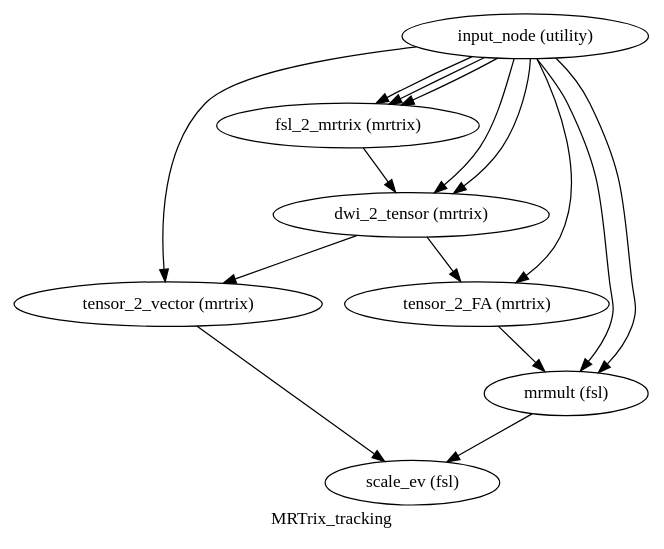
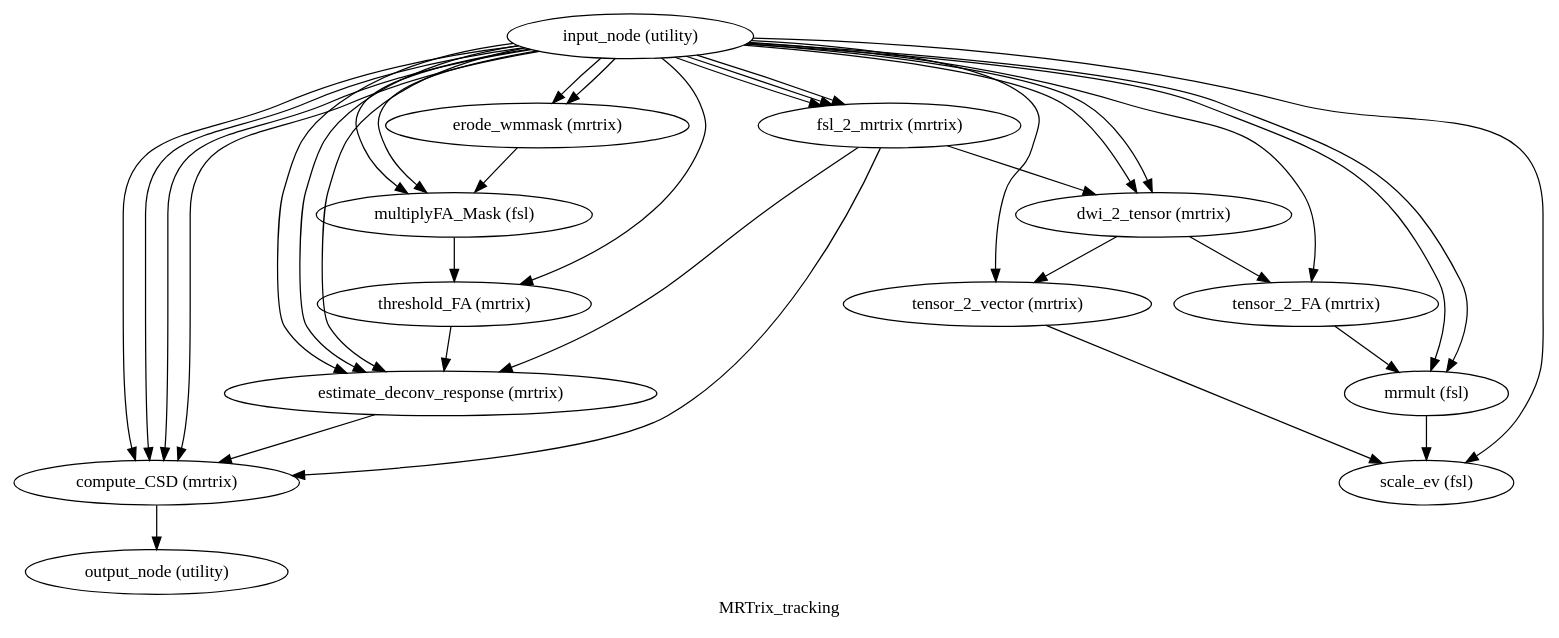
Before and after one commit to BrainModes/TVB-Pypeline: the diagram in notebooks/workflow_graph.dot, drawn with Graphviz. The commit also changed 39 other files, not shown here.

```diff
--- a/notebooks/workflow_graph.dot
+++ b/notebooks/workflow_graph.dot
@@ -1,25 +1,51 @@
 digraph MRTrix_tracking{
   label="MRTrix_tracking";
   MRTrix_tracking_input_node[label="input_node (utility)"];
   MRTrix_tracking_fsl_2_mrtrix[label="fsl_2_mrtrix (mrtrix)"];
   MRTrix_tracking_dwi_2_tensor[label="dwi_2_tensor (mrtrix)"];
+  MRTrix_tracking_erode_wmmask[label="erode_wmmask (mrtrix)"];
+  MRTrix_tracking_multiplyFA_Mask[label="multiplyFA_Mask (fsl)"];
+  MRTrix_tracking_threshold_FA[label="threshold_FA (mrtrix)"];
+  MRTrix_tracking_estimate_deconv_response[label="estimate_deconv_response (mrtrix)"];
+  MRTrix_tracking_tensor_2_FA[label="tensor_2_FA (mrtrix)"];
+  MRTrix_tracking_compute_CSD[label="compute_CSD (mrtrix)"];
+  MRTrix_tracking_output_node[label="output_node (utility)"];
+  MRTrix_tracking_mrmult[label="mrmult (fsl)"];
   MRTrix_tracking_tensor_2_vector[label="tensor_2_vector (mrtrix)"];
-  MRTrix_tracking_tensor_2_FA[label="tensor_2_FA (mrtrix)"];
-  MRTrix_tracking_mrmult[label="mrmult (fsl)"];
   MRTrix_tracking_scale_ev[label="scale_ev (fsl)"];
-  MRTrix_tracking_input_node -> MRTrix_tracking_tensor_2_FA;
+  MRTrix_tracking_input_node -> MRTrix_tracking_tensor_2_vector;
   MRTrix_tracking_input_node -> MRTrix_tracking_mrmult;
   MRTrix_tracking_input_node -> MRTrix_tracking_mrmult;
+  MRTrix_tracking_input_node -> MRTrix_tracking_tensor_2_FA;
+  MRTrix_tracking_input_node -> MRTrix_tracking_compute_CSD;
+  MRTrix_tracking_input_node -> MRTrix_tracking_compute_CSD;
+  MRTrix_tracking_input_node -> MRTrix_tracking_compute_CSD;
+  MRTrix_tracking_input_node -> MRTrix_tracking_compute_CSD;
+  MRTrix_tracking_input_node -> MRTrix_tracking_multiplyFA_Mask;
+  MRTrix_tracking_input_node -> MRTrix_tracking_multiplyFA_Mask;
+  MRTrix_tracking_input_node -> MRTrix_tracking_estimate_deconv_response;
+  MRTrix_tracking_input_node -> MRTrix_tracking_estimate_deconv_response;
+  MRTrix_tracking_input_node -> MRTrix_tracking_estimate_deconv_response;
+  MRTrix_tracking_input_node -> MRTrix_tracking_erode_wmmask;
+  MRTrix_tracking_input_node -> MRTrix_tracking_erode_wmmask;
+  MRTrix_tracking_input_node -> MRTrix_tracking_dwi_2_tensor;
+  MRTrix_tracking_input_node -> MRTrix_tracking_dwi_2_tensor;
+  MRTrix_tracking_input_node -> MRTrix_tracking_scale_ev;
+  MRTrix_tracking_input_node -> MRTrix_tracking_threshold_FA;
   MRTrix_tracking_input_node -> MRTrix_tracking_fsl_2_mrtrix;
   MRTrix_tracking_input_node -> MRTrix_tracking_fsl_2_mrtrix;
   MRTrix_tracking_input_node -> MRTrix_tracking_fsl_2_mrtrix;
-  MRTrix_tracking_input_node -> MRTrix_tracking_tensor_2_vector;
-  MRTrix_tracking_input_node -> MRTrix_tracking_dwi_2_tensor;
-  MRTrix_tracking_input_node -> MRTrix_tracking_dwi_2_tensor;
+  MRTrix_tracking_fsl_2_mrtrix -> MRTrix_tracking_compute_CSD;
   MRTrix_tracking_fsl_2_mrtrix -> MRTrix_tracking_dwi_2_tensor;
+  MRTrix_tracking_fsl_2_mrtrix -> MRTrix_tracking_estimate_deconv_response;
+  MRTrix_tracking_dwi_2_tensor -> MRTrix_tracking_tensor_2_FA;
   MRTrix_tracking_dwi_2_tensor -> MRTrix_tracking_tensor_2_vector;
-  MRTrix_tracking_dwi_2_tensor -> MRTrix_tracking_tensor_2_FA;
+  MRTrix_tracking_erode_wmmask -> MRTrix_tracking_multiplyFA_Mask;
+  MRTrix_tracking_multiplyFA_Mask -> MRTrix_tracking_threshold_FA;
+  MRTrix_tracking_threshold_FA -> MRTrix_tracking_estimate_deconv_response;
+  MRTrix_tracking_estimate_deconv_response -> MRTrix_tracking_compute_CSD;
+  MRTrix_tracking_tensor_2_FA -> MRTrix_tracking_mrmult;
+  MRTrix_tracking_compute_CSD -> MRTrix_tracking_output_node;
+  MRTrix_tracking_mrmult -> MRTrix_tracking_scale_ev;
   MRTrix_tracking_tensor_2_vector -> MRTrix_tracking_scale_ev;
-  MRTrix_tracking_tensor_2_FA -> MRTrix_tracking_mrmult;
-  MRTrix_tracking_mrmult -> MRTrix_tracking_scale_ev;
 }
```
